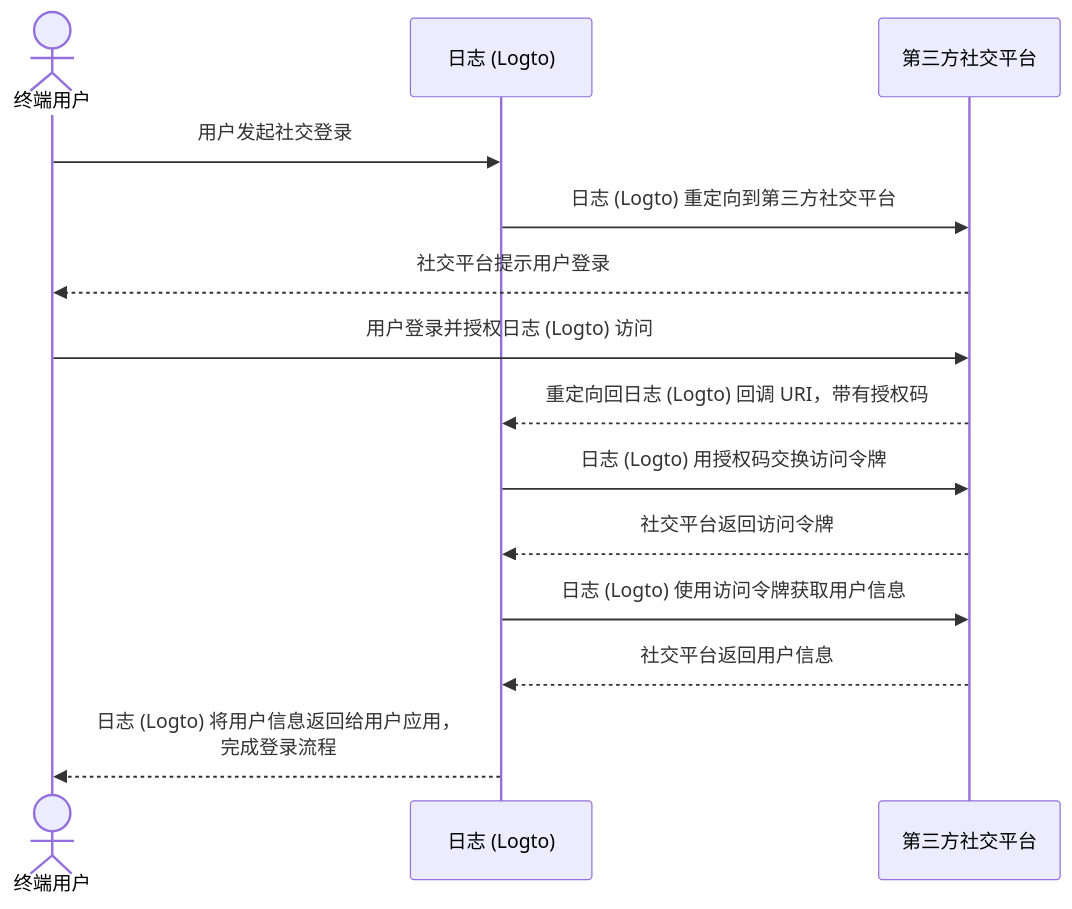
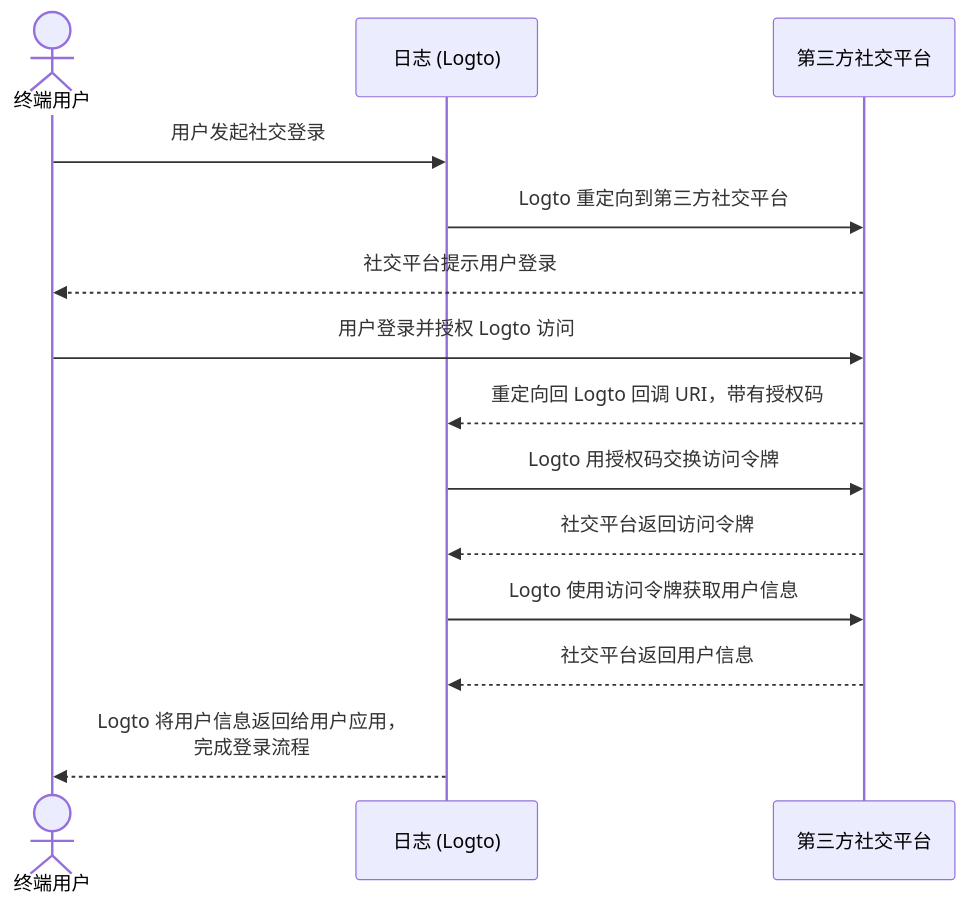
The diagram in i18n/zh-CN/docusaurus-plugin-content-docs/current/logto-oss/develop-your-connector/implement-connectors.mdx (logto-io/docs), drawn with Mermaid before and after one commit. The commit also changed 77 other files, not shown here.

````diff
--- a/i18n/zh-CN/docusaurus-plugin-content-docs/current/logto-oss/develop-your-connector/implement-connectors.mdx
+++ b/i18n/zh-CN/docusaurus-plugin-content-docs/current/logto-oss/develop-your-connector/implement-connectors.mdx
@@ -28,17 +28,17 @@
 ```mermaid
 sequenceDiagram
 	actor user as 终端用户
 	participant logto as 日志 (Logto)
 	participant platform as 第三方社交平台
 
 	user ->> logto: 用户发起社交登录
-	logto ->> platform: 日志 (Logto) 重定向到第三方社交平台
+	logto ->> platform:  Logto 重定向到第三方社交平台
 	platform -->> user: 社交平台提示用户登录
-	user ->> platform: 用户登录并授权日志 (Logto) 访问
-	platform -->> logto: 重定向回日志 (Logto) 回调 URI，带有授权码
-	logto ->> platform: 日志 (Logto) 用授权码交换访问令牌
+	user ->> platform: 用户登录并授权 Logto 访问
+	platform -->> logto: 重定向回 Logto 回调 URI，带有授权码
+	logto ->> platform:  Logto 用授权码交换访问令牌
 	platform -->> logto: 社交平台返回访问令牌
-	logto ->> platform: 日志 (Logto) 使用访问令牌获取用户信息
+	logto ->> platform:  Logto 使用访问令牌获取用户信息
 	platform -->> logto: 社交平台返回用户信息
-	logto -->> user: 日志 (Logto) 将用户信息返回给用户应用，<br>完成登录流程
+	logto -->> user:  Logto 将用户信息返回给用户应用，<br>完成登录流程
 ```
````
